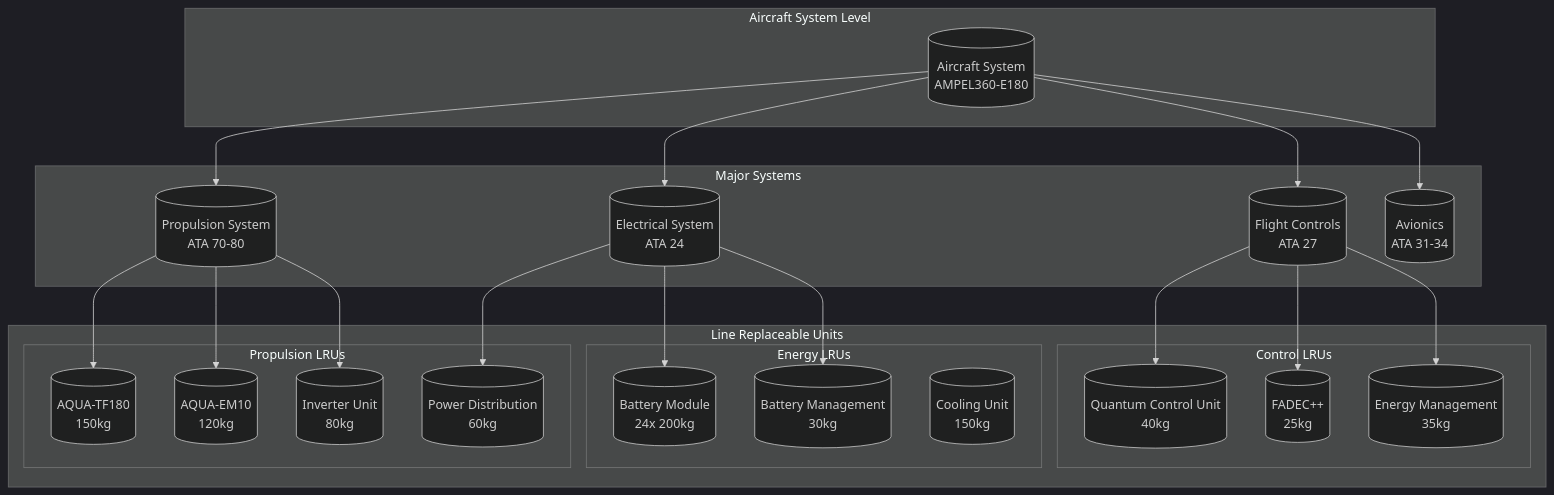
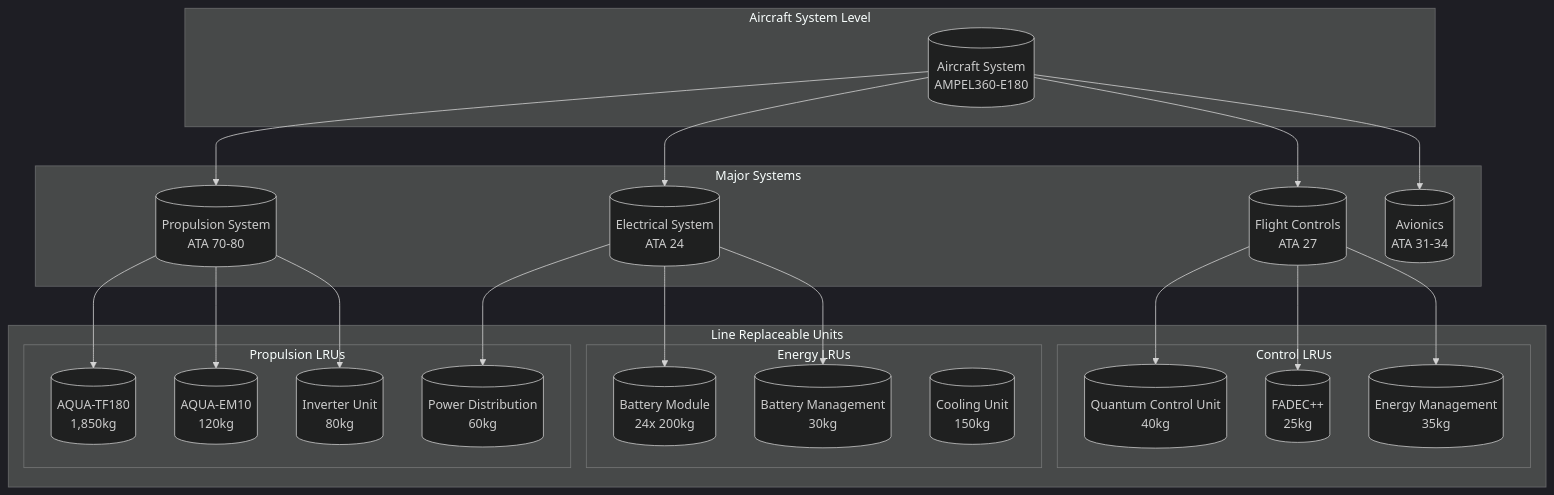
Before and after one commit to Robbbo-T/A-Q-U-A_V: the second of 7 diagrams in PRODUCT_LINES/AMPEL360/HYBRID_ELECTRIC/CONCEPT/AQUA-V-AMPEL360-HE-PRD-v6.0.md, drawn with Mermaid (dark theme). The commit also changed other lines of this file, not shown here.

````diff
--- a/PRODUCT_LINES/AMPEL360/HYBRID_ELECTRIC/CONCEPT/AQUA-V-AMPEL360-HE-PRD-v6.0.md
+++ b/PRODUCT_LINES/AMPEL360/HYBRID_ELECTRIC/CONCEPT/AQUA-V-AMPEL360-HE-PRD-v6.0.md
@@ -184,49 +289,49 @@
 ```mermaid
 graph TB
     subgraph "Aircraft System Level"
         ACS[("Aircraft System<br/>AMPEL360-E180")]
     end
     
     subgraph "Major Systems"
         PROP[("Propulsion System<br/>ATA 70-80")]
         ELEC[("Electrical System<br/>ATA 24")]
         FCS[("Flight Controls<br/>ATA 27")]
         AVIONICS[("Avionics<br/>ATA 31-34")]
     end
     
     subgraph "Line Replaceable Units"
         subgraph "Propulsion LRUs"
-            TF[("AQUA-TF180<br/>150kg")]
+            TF[("AQUA-TF180<br/>1,850kg")]
             EM[("AQUA-EM10<br/>120kg")]
             INV[("Inverter Unit<br/>80kg")]
             PMAD[("Power Distribution<br/>60kg")]
         end
         
         subgraph "Energy LRUs"
             BATT[("Battery Module<br/>24x 200kg")]
             BMS[("Battery Management<br/>30kg")]
             COOL[("Cooling Unit<br/>150kg")]
         end
         
         subgraph "Control LRUs"
             QCU[("Quantum Control Unit<br/>40kg")]
             FADEC[("FADEC++<br/>25kg")]
             EMS[("Energy Management<br/>35kg")]
         end
     end
     
     ACS --> PROP
     ACS --> ELEC
     ACS --> FCS
     ACS --> AVIONICS
     
     PROP --> TF
     PROP --> EM
     PROP --> INV
     ELEC --> PMAD
     ELEC --> BATT
     ELEC --> BMS
     FCS --> QCU
     FCS --> FADEC
     FCS --> EMS
 ```
````
